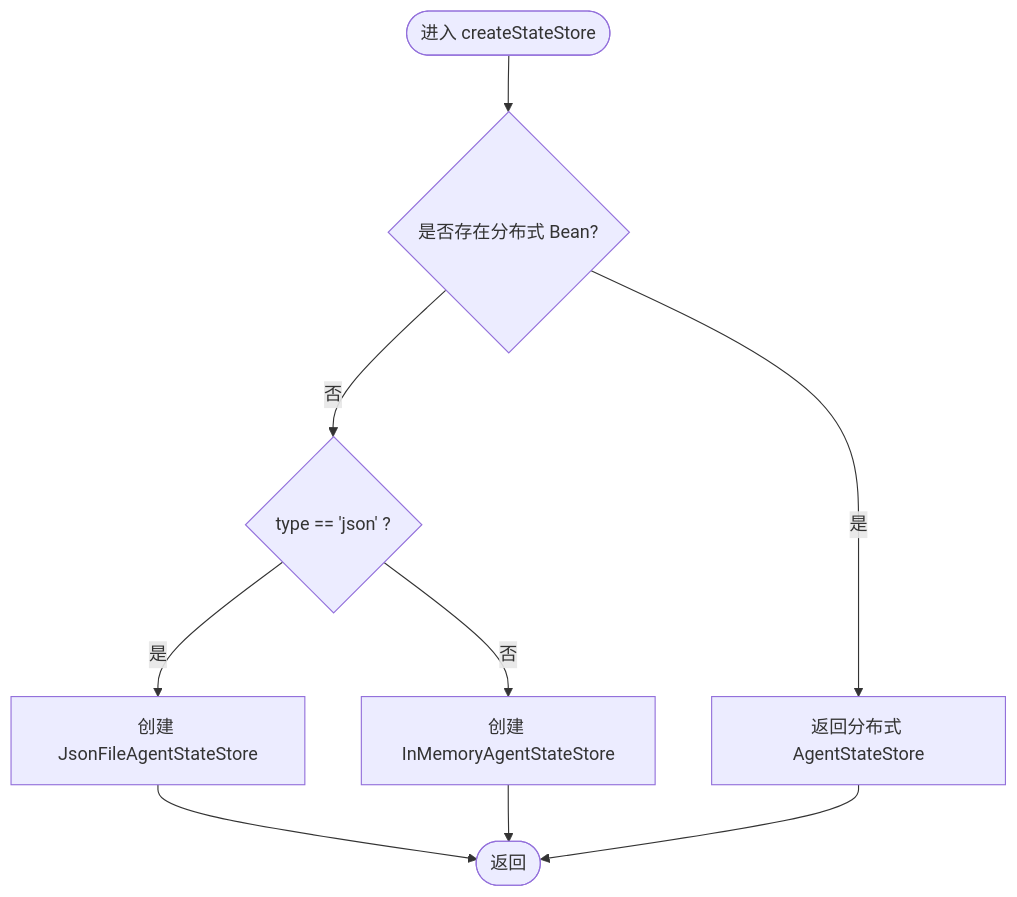
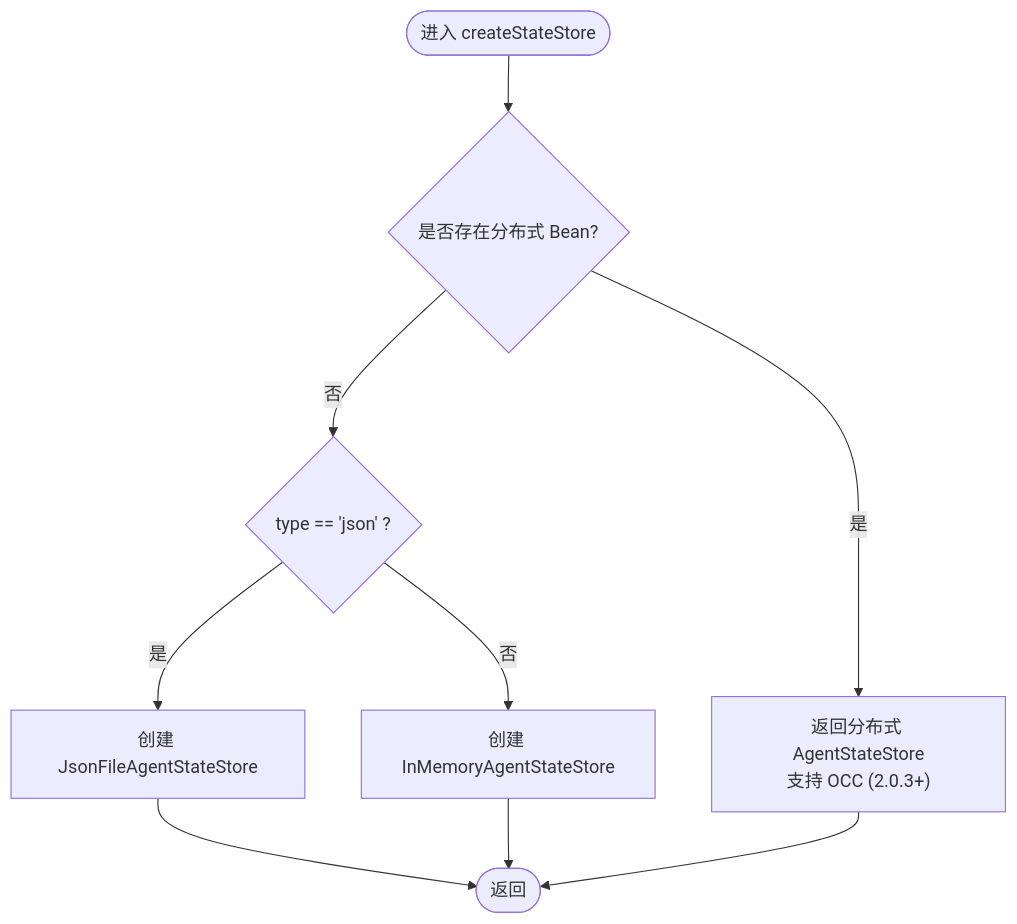
One commit to tinyhu/agentscope-demo changed the fourth of 6 diagrams in .qoder/repowiki/zh/content/部署与运维/存储后端配置.md. Above: the diagram before and after it, drawn with Mermaid. The commit also changed other lines of this file and 111 other files, not shown here.

````diff
--- a/.qoder/repowiki/zh/content/部署与运维/存储后端配置.md
+++ b/.qoder/repowiki/zh/content/部署与运维/存储后端配置.md
@@ -132,11 +153,11 @@
 ```mermaid
 flowchart TD
-    Start(["进入 createStateStore"]) --> CheckDist{"是否存在分布式 Bean?"}
-    CheckDist -->|是| ReturnDist["返回分布式 AgentStateStore"]
-    CheckDist -->|否| CheckType{"type == 'json' ?"}
-    CheckType -->|是| JsonStore["创建 JsonFileAgentStateStore"]
-    CheckType -->|否| MemStore["创建 InMemoryAgentStateStore"]
-    JsonStore --> End(["返回"])
-    MemStore --> End
-    ReturnDist --> End
+Start(["进入 createStateStore"]) --> CheckDist{"是否存在分布式 Bean?"}
+CheckDist --> |是| ReturnDist["返回分布式 AgentStateStore<br/>支持 OCC (2.0.3+)"]
+CheckDist --> |否| CheckType{"type == 'json' ?"}
+CheckType --> |是| JsonStore["创建 JsonFileAgentStateStore"]
+CheckType --> |否| MemStore["创建 InMemoryAgentStateStore"]
+JsonStore --> End(["返回"])
+MemStore --> End
+ReturnDist --> End
 ```
````
